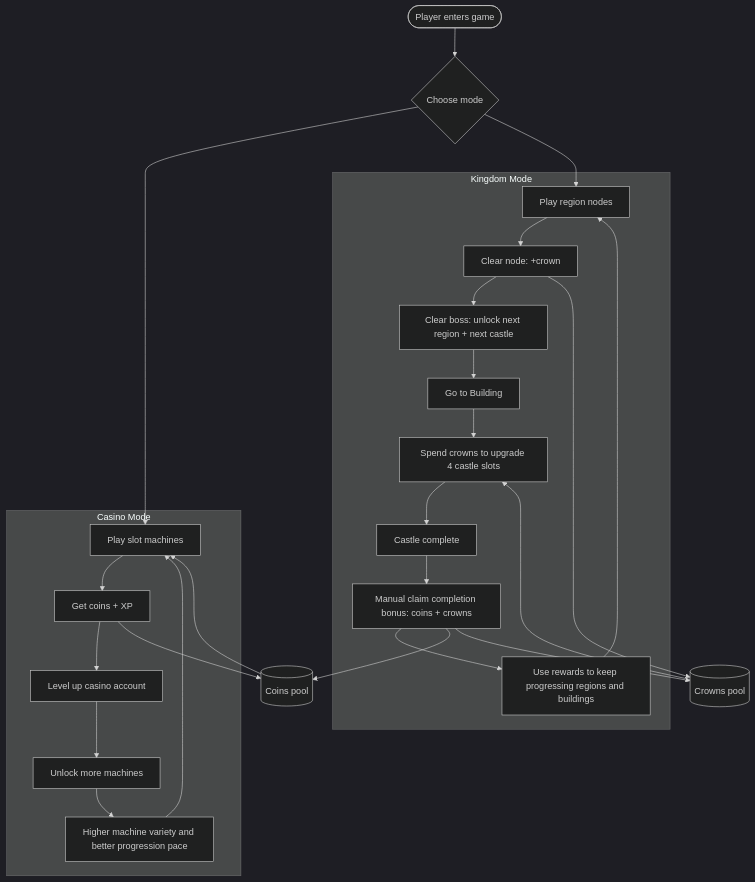
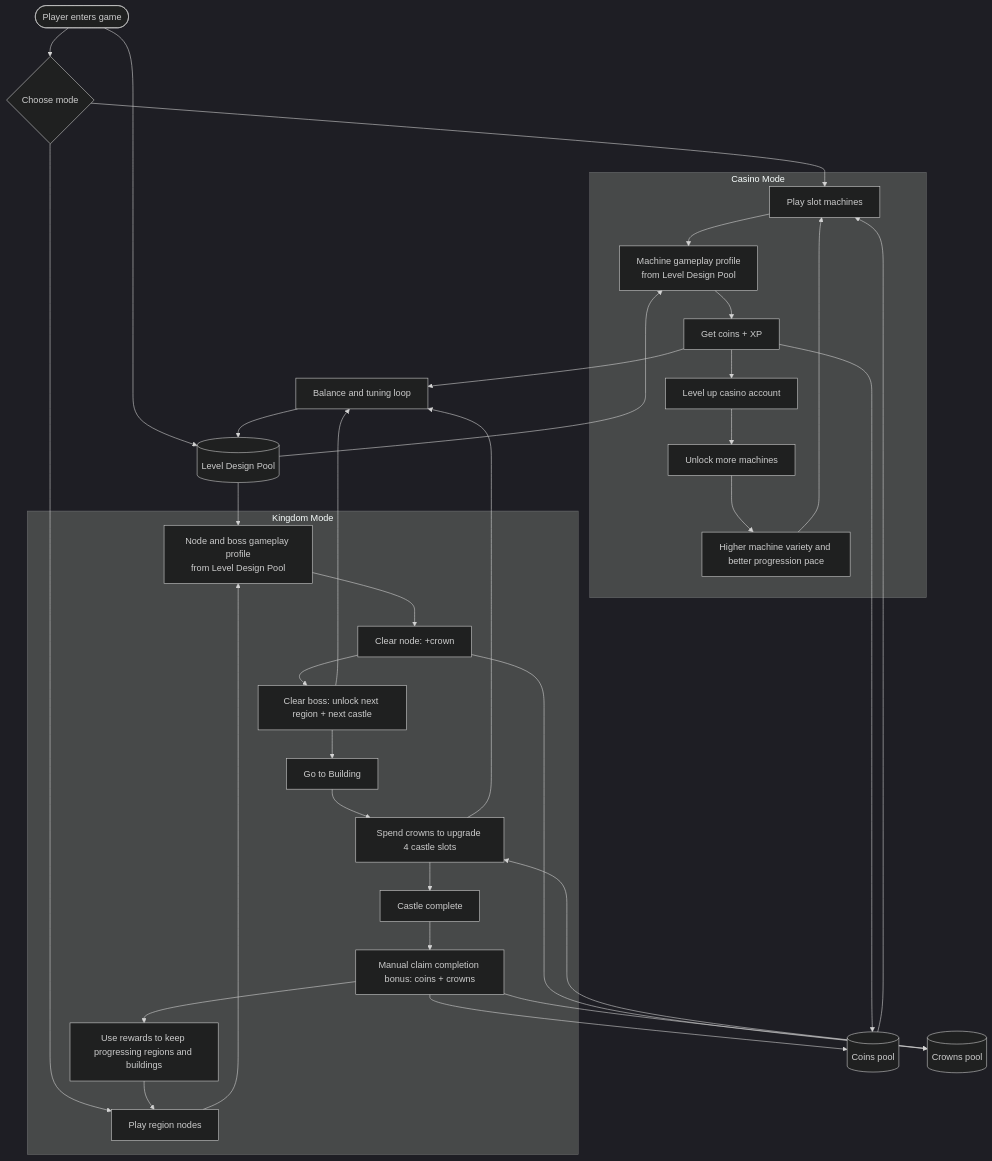
One commit to TriNguyen3010/KingdomSpin_prototypeFlow changed the diagram in docs/game-flow-high-level.mmd. Above: the diagram before and after it, drawn with Mermaid (dark theme). The commit also changed 7 other files, not shown here.

Commit message:
feat(ui): rename Casino tab, add Kingdom NEW badge, save image to assets and fix tab bug

```diff
--- a/docs/game-flow-high-level.mmd
+++ b/docs/game-flow-high-level.mmd
@@ -1,39 +1,54 @@
 flowchart TD
     Start([Player enters game])
     Choose{Choose mode}
+    LevelPool[(Level Design Pool)]
+    Balance[Balance and tuning loop]
+    SharedCoins[(Coins pool)]
+    SharedCrowns[(Crowns pool)]
 
     Start --> Choose
+    Start --> LevelPool
 
     Choose --> Casino
     Choose --> Kingdom
 
     subgraph CasinoMode[Casino Mode]
         Casino[Play slot machines]
+        CasinoContent[Machine gameplay profile<br/>from Level Design Pool]
         CasinoReward[Get coins + XP]
         CasinoLevel[Level up casino account]
         CasinoUnlock[Unlock more machines]
         CasinoLoop[Higher machine variety and better progression pace]
 
-        Casino --> CasinoReward --> CasinoLevel --> CasinoUnlock --> CasinoLoop --> Casino
+        Casino --> CasinoContent --> CasinoReward --> CasinoLevel --> CasinoUnlock --> CasinoLoop --> Casino
     end
 
     subgraph KingdomMode[Kingdom Mode]
         Kingdom[Play region nodes]
+        KingdomContent[Node and boss gameplay profile<br/>from Level Design Pool]
         NodeClear[Clear node: +crown]
         BossClear[Clear boss: unlock next region + next castle]
         Building[Go to Building]
         BuildSlots[Spend crowns to upgrade 4 castle slots]
         CastleDone[Castle complete]
         ClaimBonus[Manual claim completion bonus: coins + crowns]
         KingdomLoop[Use rewards to keep progressing regions and buildings]
 
-        Kingdom --> NodeClear --> BossClear --> Building --> BuildSlots --> CastleDone --> ClaimBonus --> KingdomLoop --> Kingdom
+        Kingdom --> KingdomContent --> NodeClear --> BossClear --> Building --> BuildSlots --> CastleDone --> ClaimBonus --> KingdomLoop --> Kingdom
     end
 
-    CasinoReward --> SharedCoins[(Coins pool)]
+    LevelPool --> CasinoContent
+    LevelPool --> KingdomContent
+
+    CasinoReward --> SharedCoins
     ClaimBonus --> SharedCoins
-    NodeClear --> SharedCrowns[(Crowns pool)]
+    NodeClear --> SharedCrowns
     ClaimBonus --> SharedCrowns
 
     SharedCoins --> Casino
     SharedCrowns --> BuildSlots
+
+    CasinoReward --> Balance
+    BossClear --> Balance
+    BuildSlots --> Balance
+    Balance --> LevelPool
```
